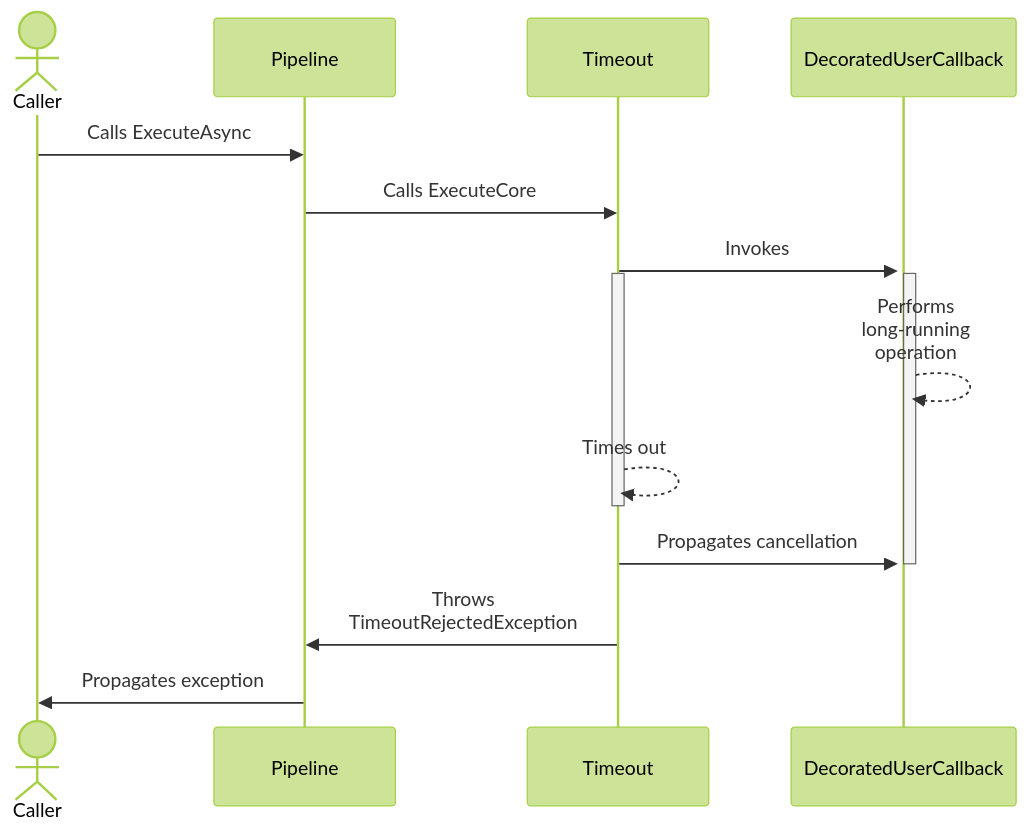
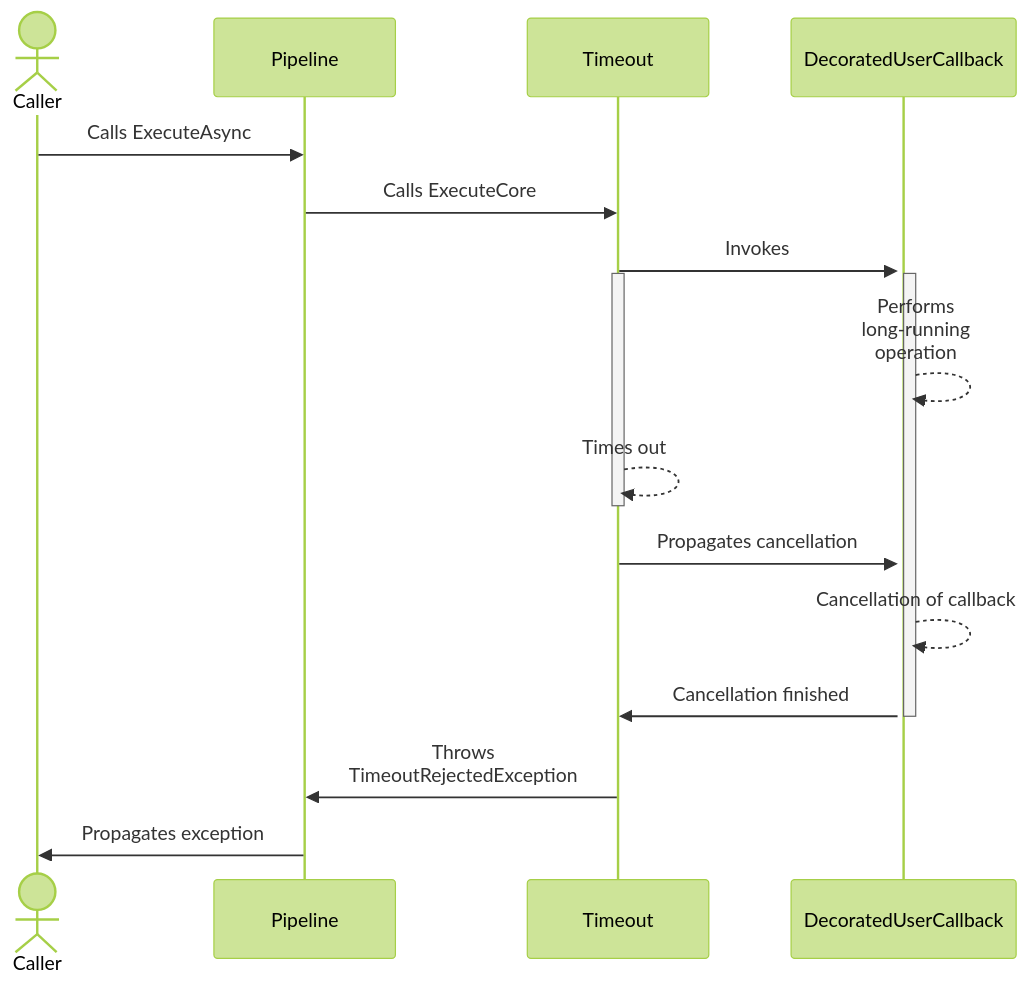
One commit to App-vNext/Polly changed the second of 2 diagrams in docs/strategies/timeout.md. Above: the diagram before and after it, drawn with Mermaid (forest theme). The commit also changed other lines of this file and 2 other files, not shown here.

Commit message:
[Docs] Improve diagrams for hedging cancellation (#1975)

````diff
--- a/docs/strategies/timeout.md
+++ b/docs/strategies/timeout.md
@@ -153,20 +153,24 @@
 ```mermaid
 sequenceDiagram
     actor C as Caller
     participant P as Pipeline
     participant T as Timeout
     participant D as DecoratedUserCallback
 
     C->>P: Calls ExecuteAsync
     P->>T: Calls ExecuteCore
     T->>+D: Invokes
     activate T
     activate D
     D-->>D: Performs <br/>long-running <br/>operation
     T-->>T: Times out
     deactivate T
+
     T->>D: Propagates cancellation
+    D-->>D: Cancellation of callback
+    D->>T: Cancellation finished
     deactivate D
+
     T->>P: Throws <br/>TimeoutRejectedException
     P->>C: Propagates exception
 ```
````
